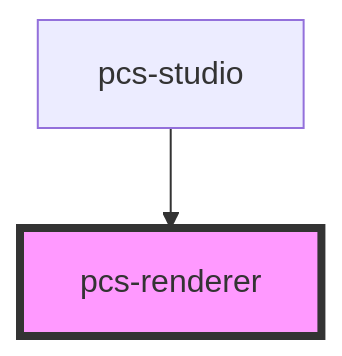
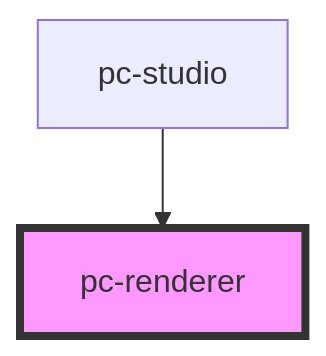
Before and after one commit to bettermusic/studio: the diagram in packages/studio-components/src/components/renderer/readme.md, drawn with Mermaid. The commit also changed other lines of this file and 111 other files, not shown here.

````diff
--- a/packages/studio-components/src/components/renderer/readme.md
+++ b/packages/studio-components/src/components/renderer/readme.md
@@ -23,5 +23,5 @@
 ```mermaid
 graph TD;
-  pcs-studio --> pcs-renderer
-  style pcs-renderer fill:#f9f,stroke:#333,stroke-width:4px
+  pc-studio --> pc-renderer
+  style pc-renderer fill:#f9f,stroke:#333,stroke-width:4px
 ```
````
